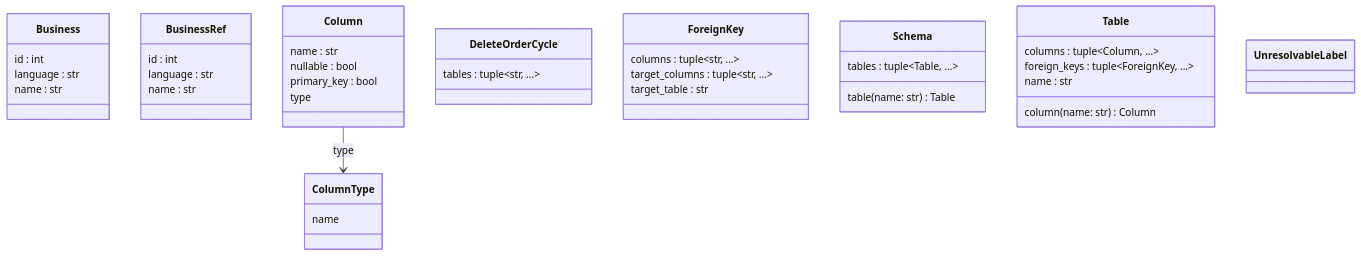
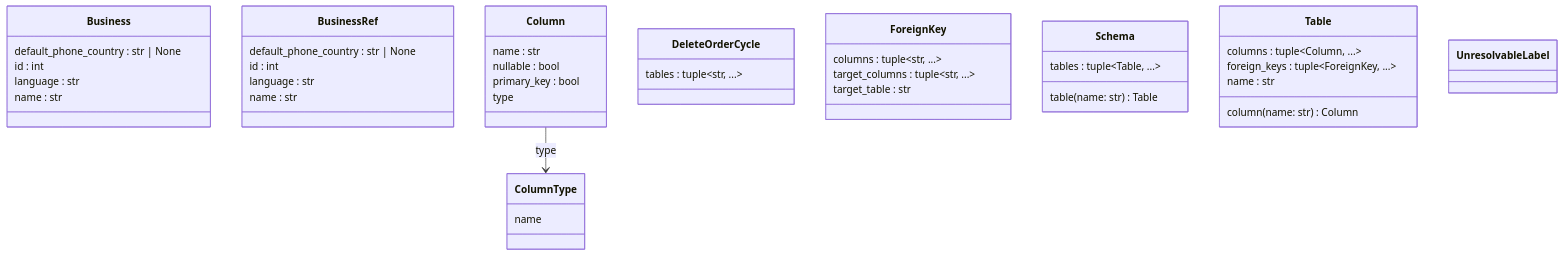
Before and after one commit to GonzaloZevallos/apostrophe: the fourth of 6 diagrams in docs/architecture/generated/classes/business_removal.md, drawn with Mermaid. The commit also changed 5 other files, not shown here.

Commit message:
Regenerate the API and architecture docs for the Phone country route and column

````diff
--- a/docs/architecture/generated/classes/business_removal.md
+++ b/docs/architecture/generated/classes/business_removal.md
@@ -86,43 +86,45 @@
 ```mermaid
 classDiagram
   class Business {
+    default_phone_country : str #124; None
     id : int
     language : str
     name : str
   }
   class BusinessRef {
+    default_phone_country : str #124; None
     id : int
     language : str
     name : str
   }
   class Column {
     name : str
     nullable : bool
     primary_key : bool
     type
   }
   class ColumnType {
     name
   }
   class DeleteOrderCycle {
     tables : tuple~str, ...~
   }
   class ForeignKey {
     columns : tuple~str, ...~
     target_columns : tuple~str, ...~
     target_table : str
   }
   class Schema {
     tables : tuple~Table, ...~
     table(name: str) Table
   }
   class Table {
     columns : tuple~Column, ...~
     foreign_keys : tuple~ForeignKey, ...~
     name : str
     column(name: str) Column
   }
   class UnresolvableLabel {
   }
   Column --> ColumnType : type
 ```
````
